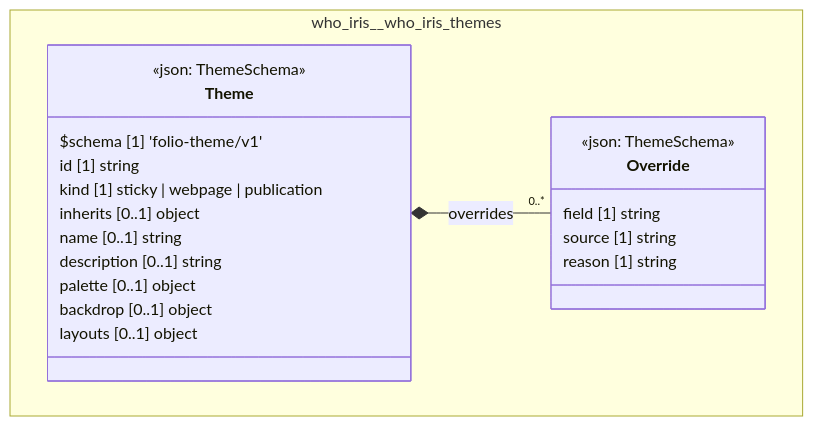
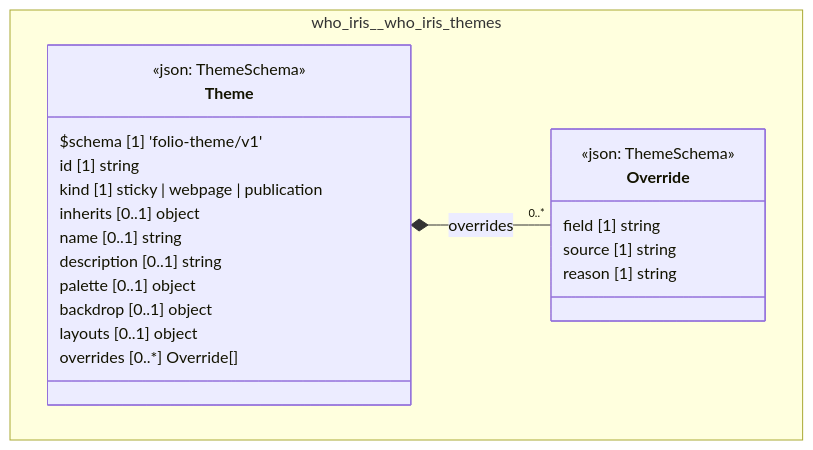
The diagram in cat-harness/docs/uml/overview/who-iris/who-iris-themes.md (litlfred/folio-assistant), drawn with Mermaid before and after one commit. The commit also changed 181 other files, not shown here.

First line of the commit message:
UML: full object model on the overview page; no empty class boxes

````diff
--- a/cat-harness/docs/uml/overview/who-iris/who-iris-themes.md
+++ b/cat-harness/docs/uml/overview/who-iris/who-iris-themes.md
@@ -29,27 +29,28 @@
 ```mermaid
 classDiagram
   direction TB
   namespace who_iris__who_iris_themes {
     class who_iris_who_iris_themes_Override["Override"] {
       <<json: ThemeSchema>>
       field [1] string
       source [1] string
       reason [1] string
     }
     class who_iris_who_iris_themes_Theme["Theme"] {
       <<json: ThemeSchema>>
       $schema [1] 'folio-theme/v1'
       id [1] string
       kind [1] sticky | webpage | publication
       inherits [0..1] object
       name [0..1] string
       description [0..1] string
       palette [0..1] object
       backdrop [0..1] object
       layouts [0..1] object
+      overrides [0..*] Override[]
     }
   }
   who_iris_who_iris_themes_Theme *-- "0..*" who_iris_who_iris_themes_Override : overrides
   cssClass "who_iris_who_iris_themes_Override" fa_uml_kind_themes
   cssClass "who_iris_who_iris_themes_Theme" fa_uml_kind_themes
 ```
````
